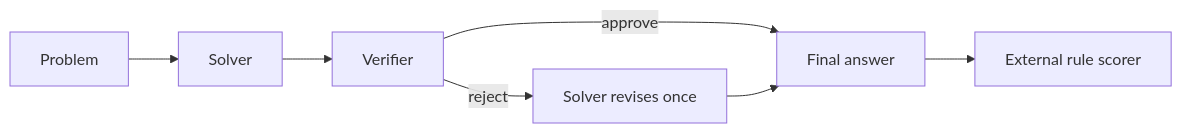
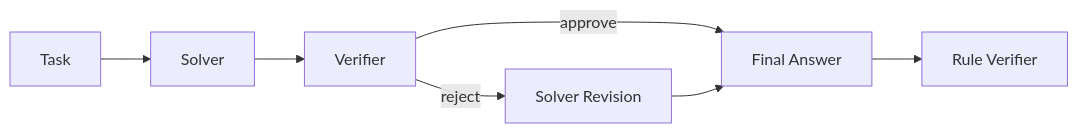
The first of 2 diagrams in docs/swarm_training_overview.md (google/tunix), drawn with Mermaid before and after one commit. The commit also changed other lines of this file and 20 other files, not shown here.

````diff
--- a/docs/swarm_training_overview.md
+++ b/docs/swarm_training_overview.md
@@ -15,9 +15,7 @@
 ```mermaid
 flowchart LR
-    Q[Problem] --> S[Solver]
-    S --> V[Verifier]
-    V -->|approve| F[Final answer]
-    V -->|reject| S2[Solver revises once]
-    S2 --> F
-    F --> G[External rule scorer]
+    Q["Task"] --> S["Solver"] --> V["Verifier"]
+    V -->|"approve"| F["Final Answer"]
+    V -->|"reject"| S2["Solver Revision"] --> F
+    F --> G["Rule Verifier"]
 ```
````
